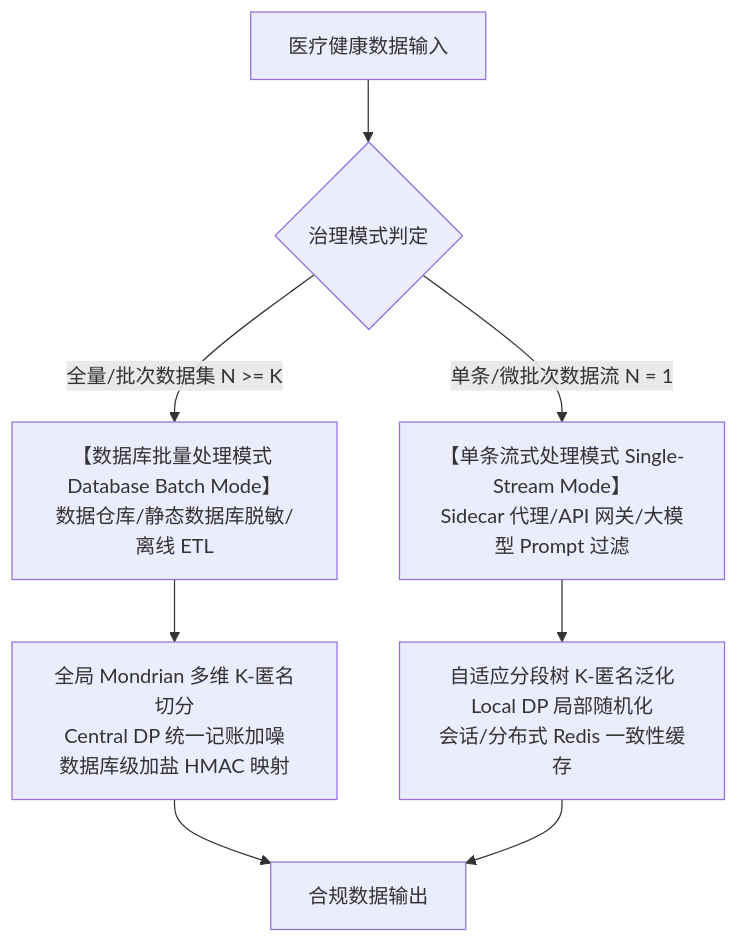
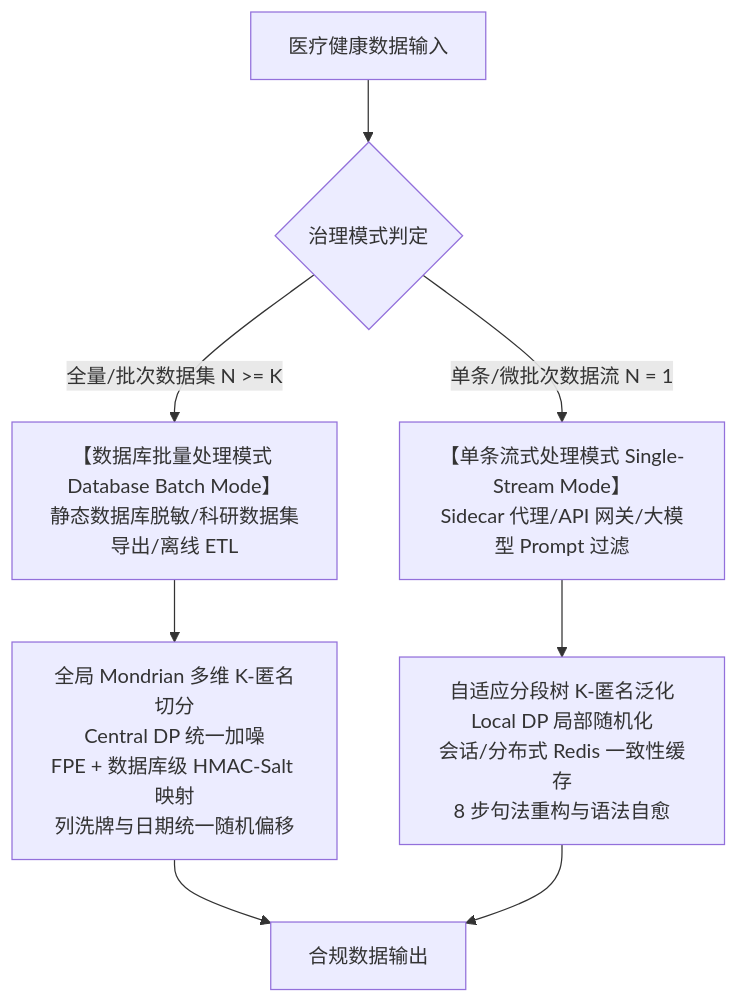
The first of 3 diagrams in docs/medical_pipeline/redaction_algorithm_specification_v3.md (fengzhizi319/PrivShield), drawn with Mermaid before and after one commit. The commit also changed other lines of this file and 3 other files, not shown here.

````diff
--- a/docs/medical_pipeline/redaction_algorithm_specification_v3.md
+++ b/docs/medical_pipeline/redaction_algorithm_specification_v3.md
@@ -28,13 +48,13 @@
 ```mermaid
 flowchart TD
     DataInput[医疗健康数据输入] --> ModeSelect{治理模式判定}
 
-    ModeSelect -->|全量/批次数据集 N >= K| BatchEngine[【数据库批量处理模式 Database Batch Mode】<br>数据仓库/静态数据库脱敏/离线 ETL]
+    ModeSelect -->|全量/批次数据集 N >= K| BatchEngine[【数据库批量处理模式 Database Batch Mode】<br>静态数据库脱敏/科研数据集导出/离线 ETL]
     ModeSelect -->|单条/微批次数据流 N = 1| StreamEngine[【单条流式处理模式 Single-Stream Mode】<br>Sidecar 代理/API 网关/大模型 Prompt 过滤]
 
-    BatchEngine --> BatchK[全局 Mondrian 多维 K-匿名切分<br>Central DP 统一记账加噪<br>数据库级加盐 HMAC 映射]
-    StreamEngine --> StreamK[自适应分段树 K-匿名泛化<br>Local DP 局部随机化<br>会话/分布式 Redis 一致性缓存]
+    BatchEngine --> BatchK[全局 Mondrian 多维 K-匿名切分<br>Central DP 统一加噪<br>FPE + 数据库级 HMAC-Salt 映射<br>列洗牌与日期统一随机偏移]
+    StreamEngine --> StreamK[自适应分段树 K-匿名泛化<br>Local DP 局部随机化<br>会话/分布式 Redis 一致性缓存<br>8 步句法重构与语法自愈]
 
     BatchK --> SafeData[合规数据输出]
     StreamK --> SafeData
 ```
````
